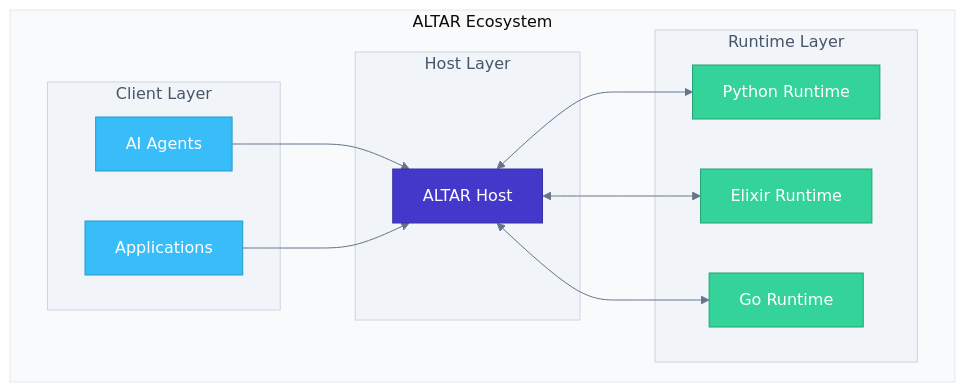
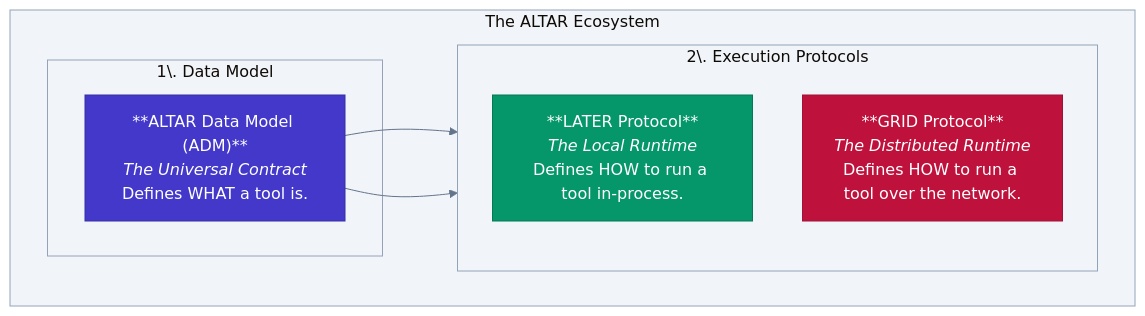
The diagram in README.md (nshkrdotcom/ALTAR), drawn with Mermaid before and after one commit. The commit also changed other lines of this file, not shown here.

Commit message:
initial README.md for new 3 layer arch

````diff
--- a/README.md
+++ b/README.md
@@ -29,53 +28,39 @@
 ```mermaid
 %%{
   init: {
     'theme': 'base',
     'themeVariables': {
       'background': '#ffffff',
       'primaryColor': '#f8fafc',
       'primaryTextColor': '#1e293b',
       'lineColor': '#64748b',
       'secondaryColor': '#e2e8f0',
       'tertiaryColor': '#f1f5f9',
       'primaryBorderColor': '#e2e8f0',
       'secondaryBorderColor': '#cbd5e1',
       'tertiaryBorderColor': '#94a3b8'
     }
   }
 }%%
-graph LR
-    subgraph AE ["ALTAR Ecosystem"]
-      direction LR
-      style AE fill:#f8fafc,stroke:#e2e8f0
-
-        subgraph HL ["Host Layer"]
-            style HL fill:#f1f5f9,stroke:#cbd5e1,color:#475569
-            HOST[ALTAR Host]
-            style HOST fill:#4338ca,stroke:#3730a3,color:#ffffff,fontWeight:bold
+graph TD
+    subgraph "The ALTAR Ecosystem"
+        direction LR
+        
+        subgraph "1\. Data Model"
+            ADM["**ALTAR Data Model (ADM)**<br/><i>The Universal Contract</i><br/>Defines WHAT a tool is."]
         end
         
-        subgraph RL ["Runtime Layer"]
-            style RL fill:#f1f5f9,stroke:#cbd5e1,color:#475569
-            RT1[Python Runtime]
-            RT2[Elixir Runtime]
-            RT3[Go Runtime]
-            style RT1 fill:#34d399,stroke:#25a274,color:#ffffff
-            style RT2 fill:#34d399,stroke:#25a274,color:#ffffff
-            style RT3 fill:#34d399,stroke:#25a274,color:#ffffff
-        end
-        
-        subgraph CL ["Client Layer"]
-            style CL fill:#f1f5f9,stroke:#cbd5e1,color:#475569
-            AI[AI Agents]
-            APP[Applications]
-            style AI fill:#38bdf8,stroke:#2899c8,color:#ffffff
-            style APP fill:#38bdf8,stroke:#2899c8,color:#ffffff
+        subgraph "2\. Execution Protocols"
+            direction TB
+            LATER["**LATER Protocol**<br/><i>The Local Runtime</i><br/>Defines HOW to run a tool in-process."]
+            GRID["**GRID Protocol**<br/><i>The Distributed Runtime</i><br/>Defines HOW to run a tool over the network."]
         end
     end
     
-    AI --> HOST
-    APP --> HOST
-    HOST <--> RT1
-    HOST <--> RT2
-    HOST <--> RT3
+    ADM --> LATER
+    ADM --> GRID
+
+    style ADM fill:#4338ca,stroke:#3730a3,color:#ffffff,fontWeight:bold
+    style LATER fill:#059669,stroke:#047857,color:#ffffff
+    style GRID fill:#be123c,stroke:#9f1239,color:#ffffff
 ```
````
